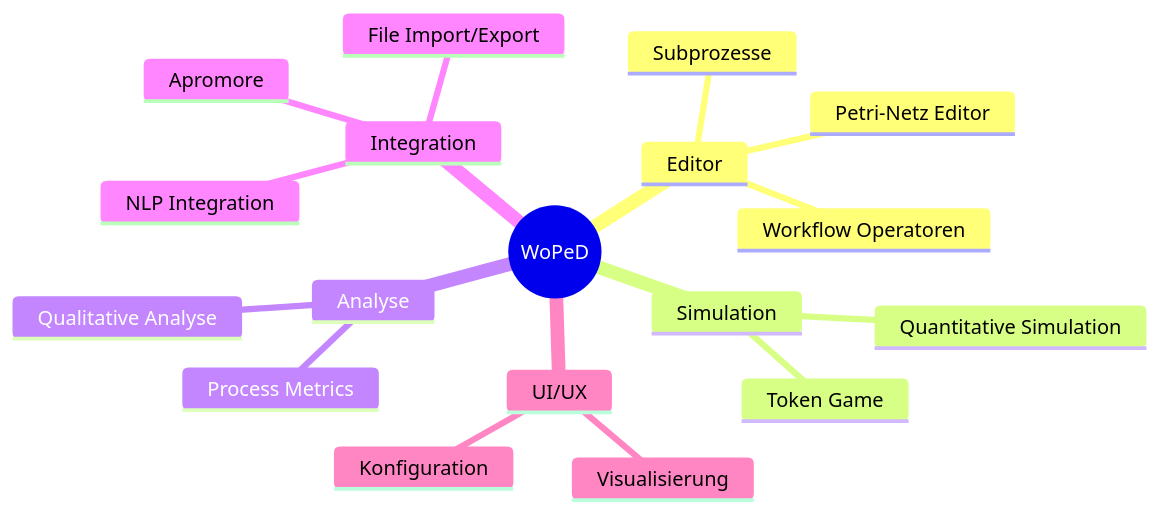
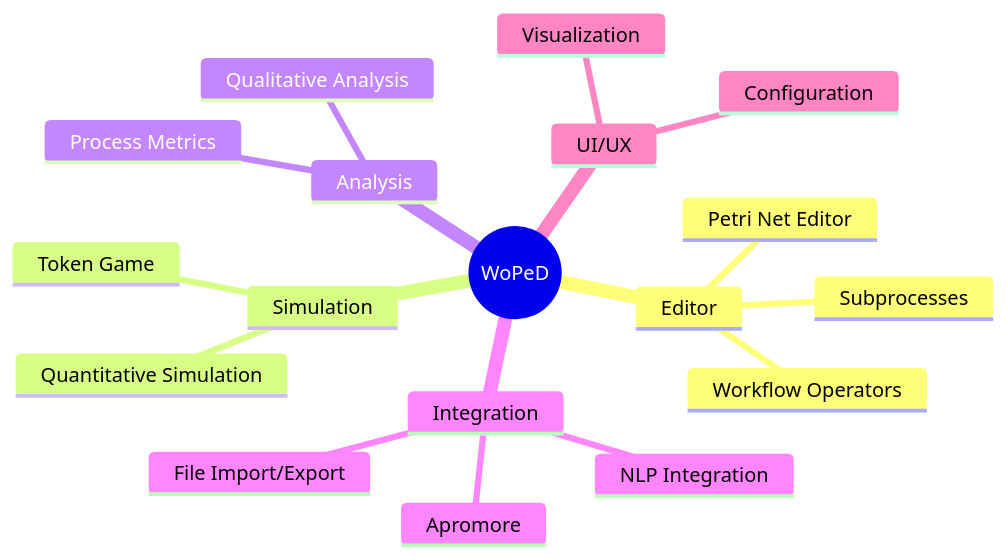
One commit to woped/woped-next changed the second of 4 diagrams in docs/migration/00-migration-overview.md. Above: the diagram before and after it, drawn with Mermaid. The commit also changed other lines of this file and 24 other files, not shown here.

````diff
--- a/docs/migration/00-migration-overview.md
+++ b/docs/migration/00-migration-overview.md
@@ -28,21 +28,21 @@
 ```mermaid
 mindmap
   root((WoPeD))
     Editor
-      Petri-Netz Editor
-      Workflow Operatoren
-      Subprozesse
+      Petri Net Editor
+      Workflow Operators
+      Subprocesses
     Simulation
       Token Game
       Quantitative Simulation
-    Analyse
-      Qualitative Analyse
+    Analysis
+      Qualitative Analysis
       Process Metrics
     Integration
       File Import/Export
       NLP Integration
       Apromore
     UI/UX
-      Visualisierung
-      Konfiguration
+      Visualization
+      Configuration
 ```
````
